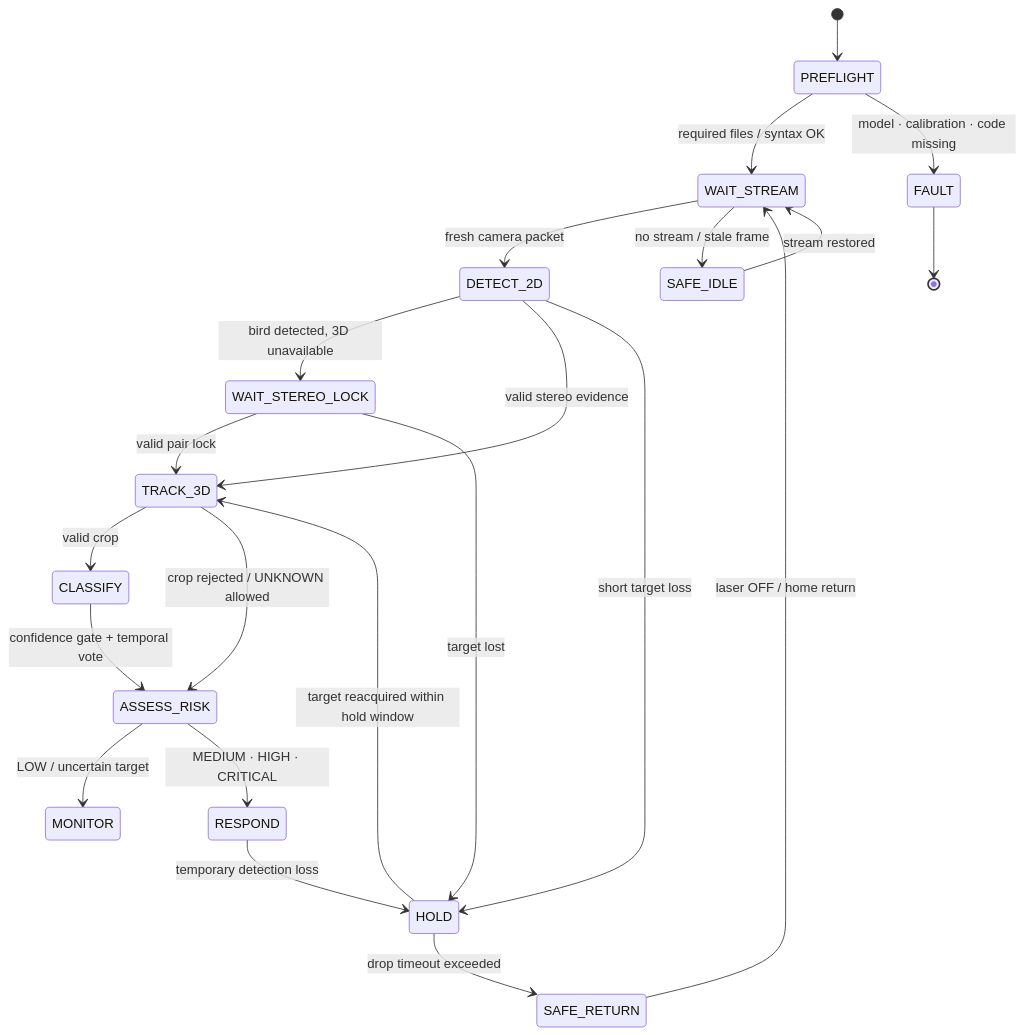
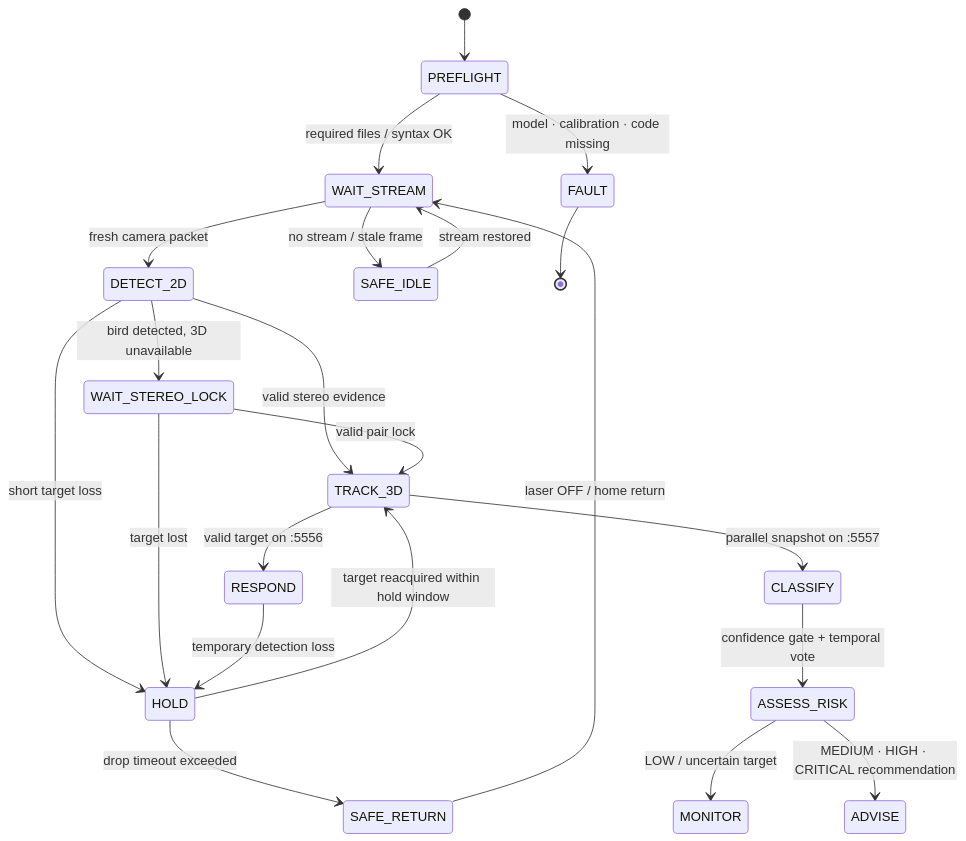
The diagram in docs/OPERATION_FLOW.md (Kimjw2024/2026ESWContest_free_AEGIS), drawn with Mermaid before and after one commit. The commit also changed other lines of this file and 10 other files, not shown here.

````diff
--- a/docs/OPERATION_FLOW.md
+++ b/docs/OPERATION_FLOW.md
@@ -32,31 +32,31 @@
 ```mermaid
 stateDiagram-v2
     [*] --> PREFLIGHT
     PREFLIGHT --> WAIT_STREAM: required files / syntax OK
     PREFLIGHT --> FAULT: model · calibration · code missing
 
     WAIT_STREAM --> DETECT_2D: fresh camera packet
     WAIT_STREAM --> SAFE_IDLE: no stream / stale frame
 
     DETECT_2D --> WAIT_STEREO_LOCK: bird detected, 3D unavailable
     DETECT_2D --> TRACK_3D: valid stereo evidence
     DETECT_2D --> HOLD: short target loss
 
     WAIT_STEREO_LOCK --> TRACK_3D: valid pair lock
     WAIT_STEREO_LOCK --> HOLD: target lost
 
-    TRACK_3D --> CLASSIFY: valid crop
-    TRACK_3D --> ASSESS_RISK: crop rejected / UNKNOWN allowed
+    TRACK_3D --> RESPOND: valid target on :5556
+    TRACK_3D --> CLASSIFY: parallel snapshot on :5557
 
     CLASSIFY --> ASSESS_RISK: confidence gate + temporal vote
     ASSESS_RISK --> MONITOR: LOW / uncertain target
-    ASSESS_RISK --> RESPOND: MEDIUM · HIGH · CRITICAL
+    ASSESS_RISK --> ADVISE: MEDIUM · HIGH · CRITICAL recommendation
 
     RESPOND --> HOLD: temporary detection loss
     HOLD --> TRACK_3D: target reacquired within hold window
     HOLD --> SAFE_RETURN: drop timeout exceeded
     SAFE_RETURN --> WAIT_STREAM: laser OFF / home return
 
     SAFE_IDLE --> WAIT_STREAM: stream restored
     FAULT --> [*]
 ```
````
